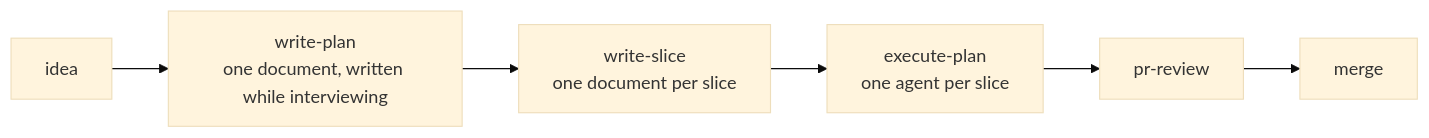
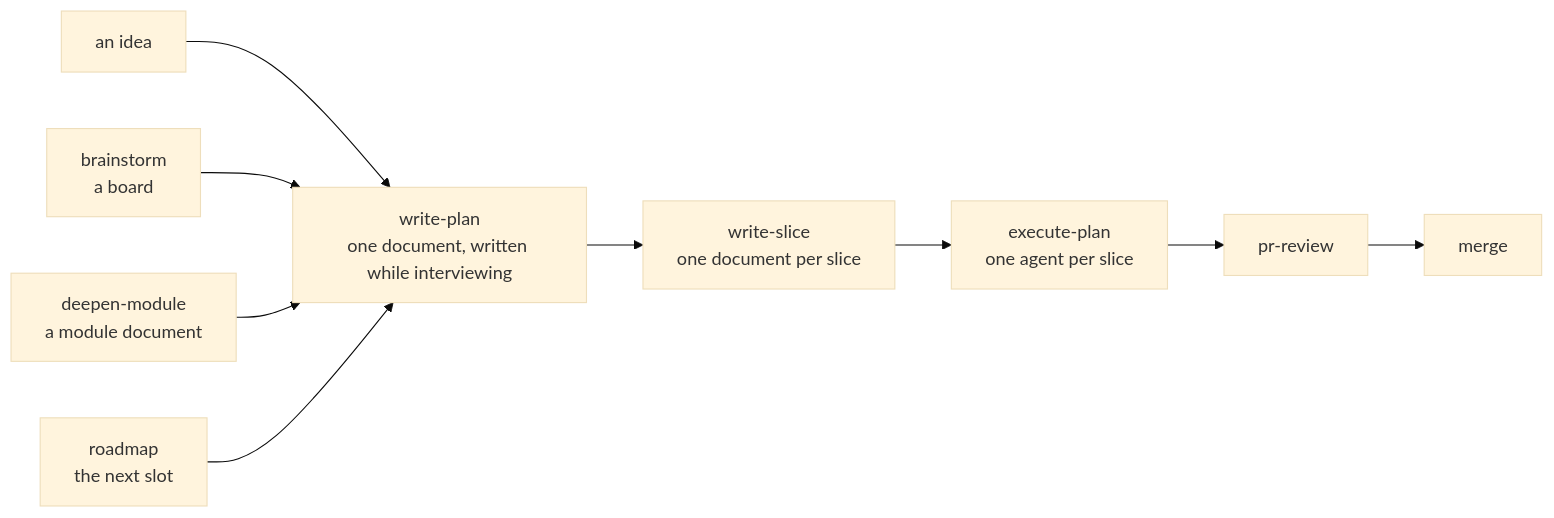
Before and after one commit to Ovich/charrette: the diagram in README.md, drawn with Mermaid (base theme). The commit also changed other lines of this file, not shown here.

Commit message:
readme: the loop diagram shows the entry points converging on write-plan
An idea, a board, a module document or the roadmap's next slot: a plan starts from
whatever exists.

````diff
--- a/README.md
+++ b/README.md
@@ -16,8 +16,11 @@
 ```mermaid
 flowchart LR
-  I["idea"] --> P["write-plan<br/>one document, written while interviewing"]
-  P --> WS["write-slice<br/>one document per slice"]
+  I["an idea"] --> P
+  B["brainstorm<br/>a board"] --> P
+  DM["deepen-module<br/>a module document"] --> P
+  RM["roadmap<br/>the next slot"] --> P
+  P["write-plan<br/>one document, written while interviewing"] --> WS["write-slice<br/>one document per slice"]
   WS --> E["execute-plan<br/>one agent per slice"]
   E --> R["pr-review"]
   R --> M["merge"]
 ```
````
